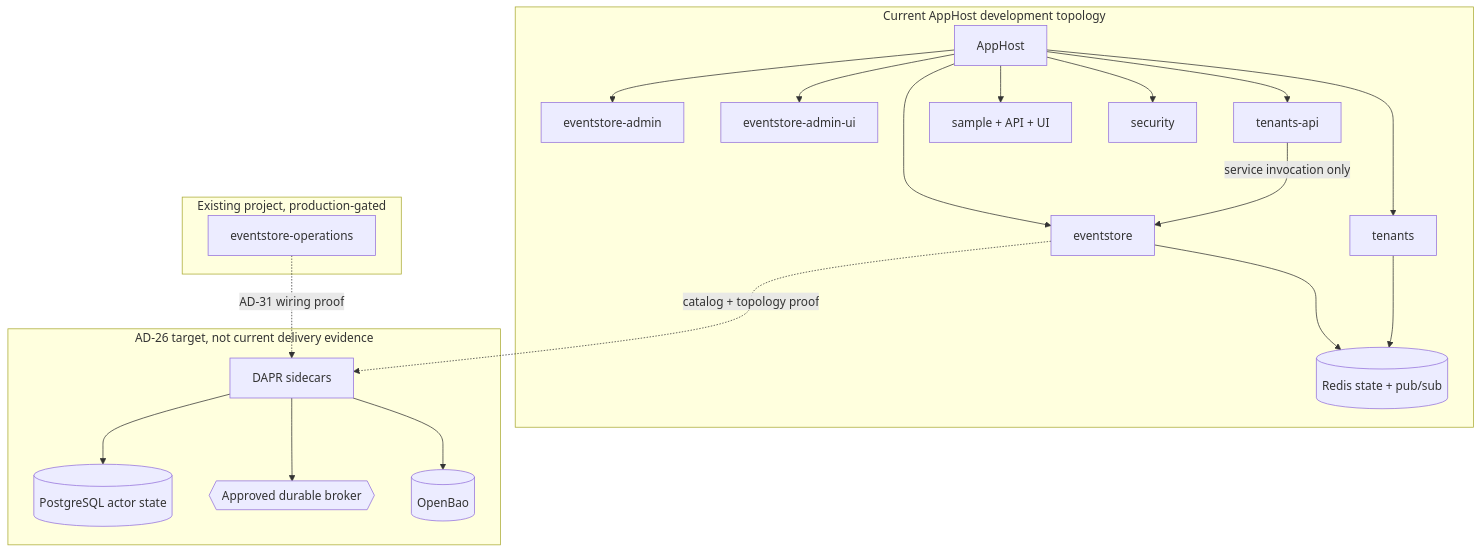
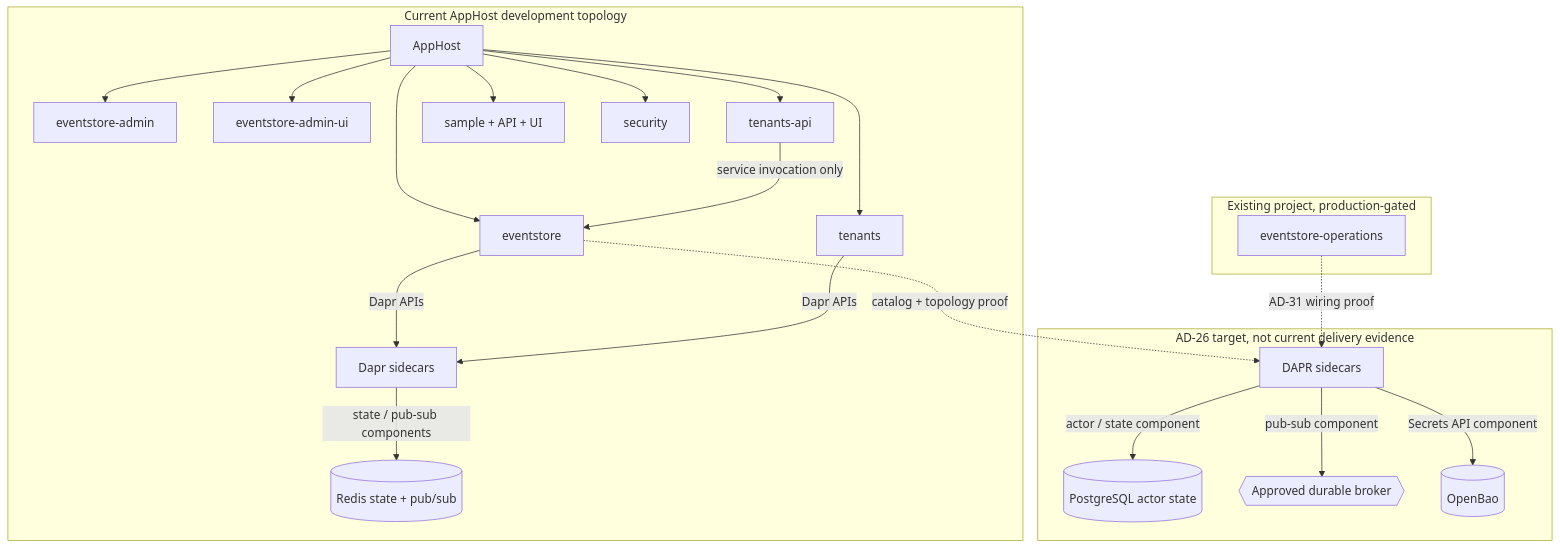
Before and after one commit to Hexalith/Hexalith.EventStore: the second of 2 diagrams in _bmad-output/planning-artifacts/architecture.md, drawn with Mermaid. The commit also changed other lines of this file and 48 other files, not shown here.

````diff
--- a/_bmad-output/planning-artifacts/architecture.md
+++ b/_bmad-output/planning-artifacts/architecture.md
@@ -403,38 +412,40 @@
 ```mermaid
 flowchart TB
     subgraph Current[Current AppHost development topology]
         AppHost[AppHost]
         ES[eventstore]
         Admin[eventstore-admin]
         UI[eventstore-admin-ui]
         Tenants[tenants]
         TenantsApi[tenants-api]
         Sample[sample + API + UI]
         Security[security]
         Redis[(Redis state + pub/sub)]
         AppHost --> ES
         AppHost --> Admin
         AppHost --> UI
         AppHost --> Tenants
         AppHost --> TenantsApi
         AppHost --> Sample
         AppHost --> Security
-        ES --> Redis
-        Tenants --> Redis
+        DevSidecars[Dapr sidecars]
+        ES -->|Dapr APIs| DevSidecars
+        Tenants -->|Dapr APIs| DevSidecars
+        DevSidecars -->|state / pub-sub components| Redis
         TenantsApi -->|service invocation only| ES
     end
     subgraph ExistingNotWired[Existing project, production-gated]
         Operations[eventstore-operations]
     end
     subgraph ProductionTarget[AD-26 target, not current delivery evidence]
         Sidecars[DAPR sidecars]
         PostgreSQL[(PostgreSQL actor state)]
         Broker{{Approved durable broker}}
         OpenBao[(OpenBao)]
-        Sidecars --> PostgreSQL
-        Sidecars --> Broker
-        Sidecars --> OpenBao
+        Sidecars -->|actor / state component| PostgreSQL
+        Sidecars -->|pub-sub component| Broker
+        Sidecars -->|Secrets API component| OpenBao
     end
     ES -. catalog + topology proof .-> Sidecars
     Operations -. AD-31 wiring proof .-> Sidecars
 ```
````
